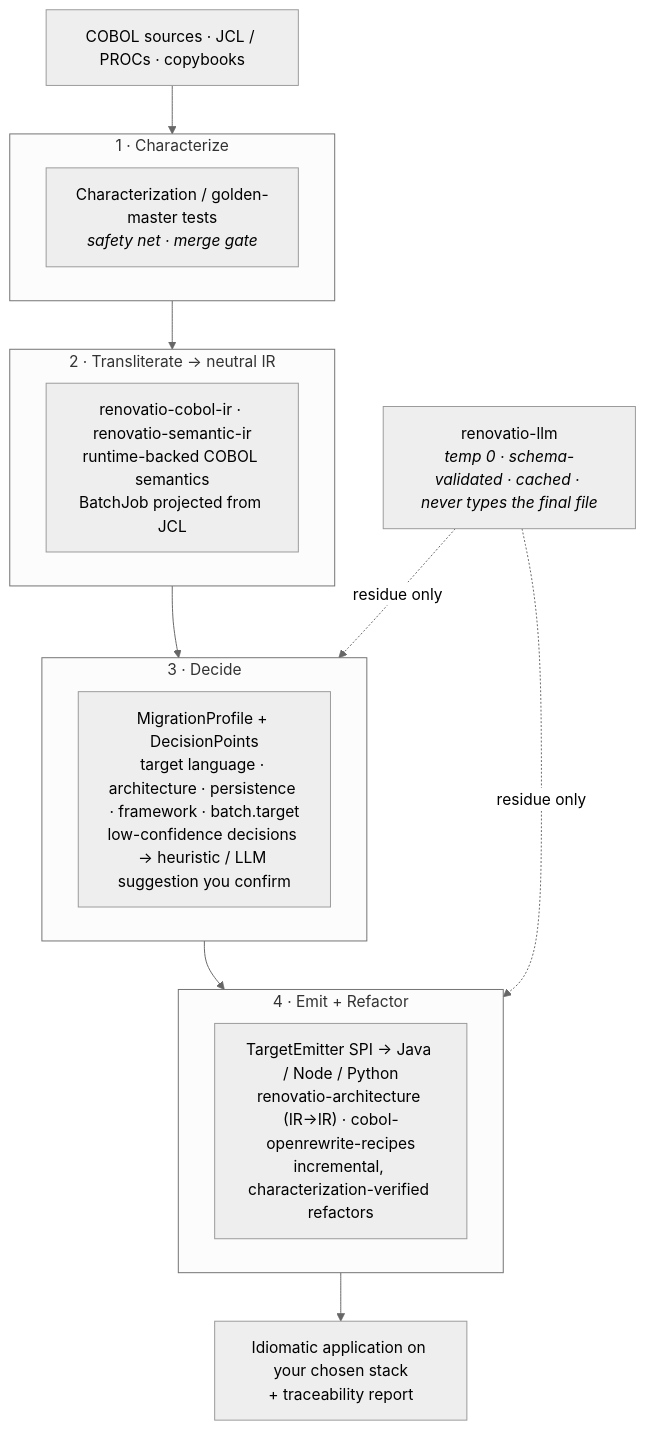
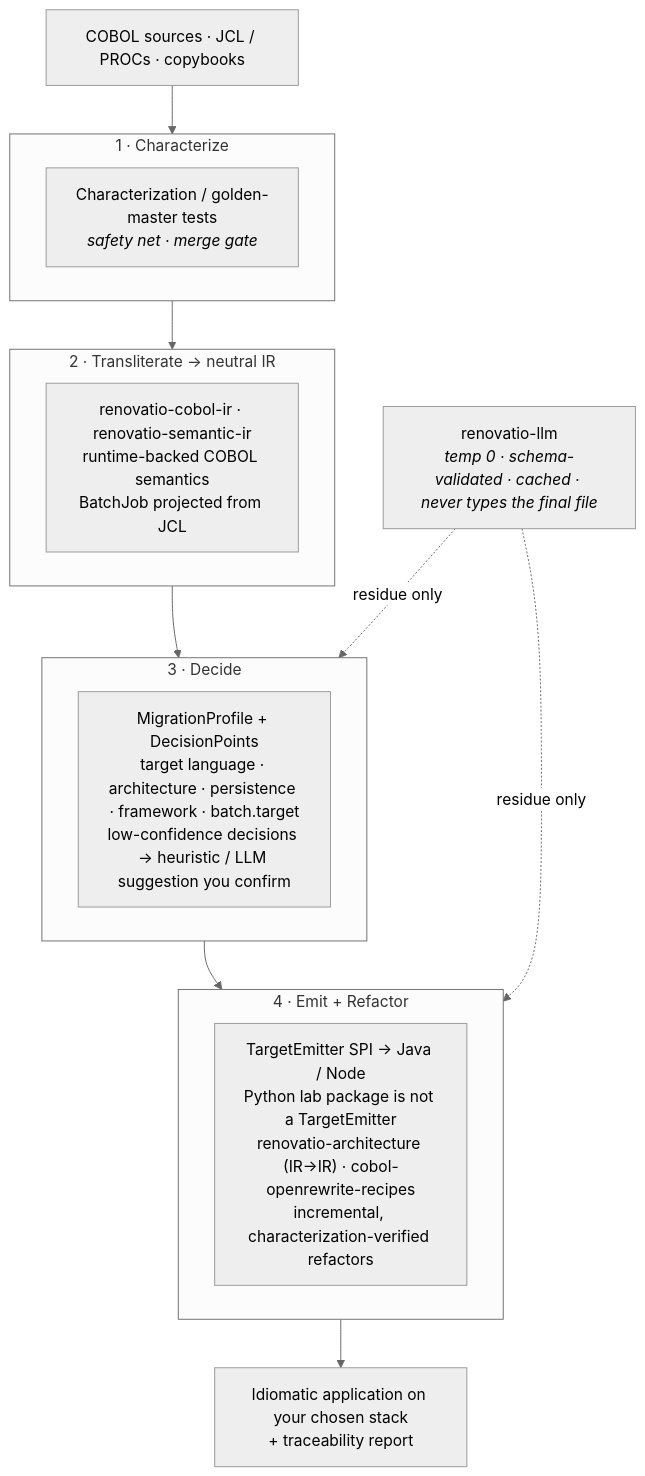
The first of 2 diagrams in README.md (Modern-Ash/renovatio), drawn with Mermaid (neutral theme) before and after one commit. The commit also changed other lines of this file and 35 other files, not shown here.

First line of the commit message:
docs(python): mark provider as unsupported lab (#257)

````diff
--- a/README.md
+++ b/README.md
@@ -38,24 +38,24 @@
 ```mermaid
 flowchart TD
     SRC["COBOL sources · JCL / PROCs · copybooks"]
 
     subgraph P1["1 · Characterize"]
         C["Characterization / golden-master tests<br/><i>safety net · merge gate</i>"]
     end
     subgraph P2["2 · Transliterate → neutral IR"]
         IR["renovatio-cobol-ir · renovatio-semantic-ir<br/>runtime-backed COBOL semantics<br/>BatchJob projected from JCL"]
     end
     subgraph P3["3 · Decide"]
         D["MigrationProfile + DecisionPoints<br/>target language · architecture · persistence · framework · batch.target<br/>low-confidence decisions → heuristic / LLM suggestion you confirm"]
     end
     subgraph P4["4 · Emit + Refactor"]
-        E["TargetEmitter SPI → Java / Node / Python<br/>renovatio-architecture (IR→IR) · cobol-openrewrite-recipes<br/>incremental, characterization-verified refactors"]
+        E["TargetEmitter SPI → Java / Node<br/>Python lab package is not a TargetEmitter<br/>renovatio-architecture (IR→IR) · cobol-openrewrite-recipes<br/>incremental, characterization-verified refactors"]
     end
     OUT["Idiomatic application on your chosen stack<br/>+ traceability report"]
 
     SRC --> P1 --> P2 --> P3 --> P4 --> OUT
 
     LLM["renovatio-llm<br/><i>temp 0 · schema-validated · cached · never types the final file</i>"]
     LLM -. "residue only" .-> P3
     LLM -. "residue only" .-> P4
 ```
````
